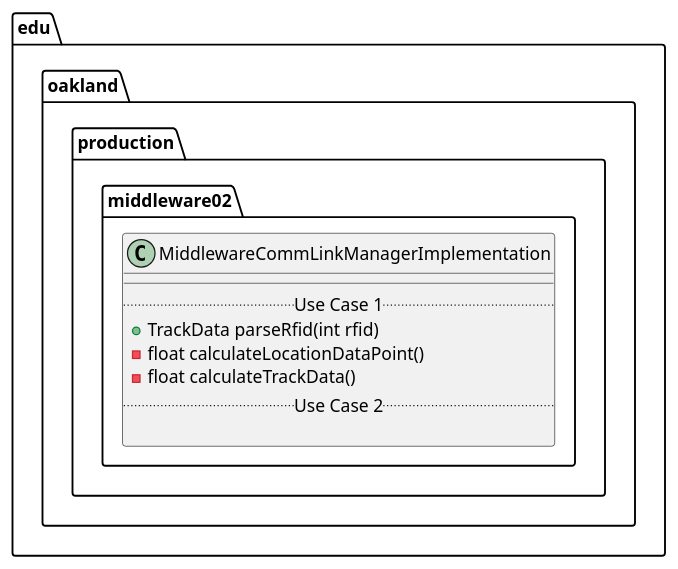
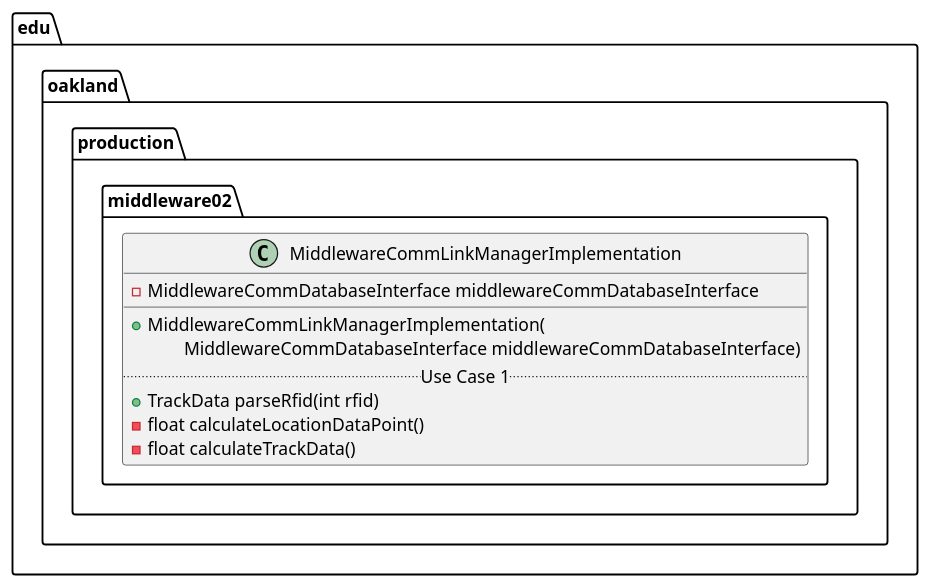
One commit to andrewdimmer/csi-3370-software-project changed the diagram in docs/uml-class-diagrams/middleware02/production/MiddlewareCommLinkManagerImplementation/MiddlewareCommLinkManagerImplementation.puml. Above: the diagram before and after it, drawn with PlantUML. The commit also changed 5 other files, not shown here.

First line of the commit message:
[Middleware_02] Moved Some Long UML Lines Onto Two

```diff
--- a/docs/uml-class-diagrams/middleware02/production/MiddlewareCommLinkManagerImplementation/MiddlewareCommLinkManagerImplementation.puml
+++ b/docs/uml-class-diagrams/middleware02/production/MiddlewareCommLinkManagerImplementation/MiddlewareCommLinkManagerImplementation.puml
@@ -1,15 +1,16 @@
 @startuml MiddlewareCommLinkManagerImplementation
 
 package edu.oakland.production.middleware02 {
     class MiddlewareCommLinkManagerImplementation {
+        - MiddlewareCommDatabaseInterface middlewareCommDatabaseInterface
         __
+        + MiddlewareCommLinkManagerImplementation(
+        \tMiddlewareCommDatabaseInterface middlewareCommDatabaseInterface)
         .. Use Case 1 ..
         + TrackData parseRfid(int rfid)
         - float calculateLocationDataPoint()
         - float calculateTrackData()
-        .. Use Case 2 ..
-
     }
 }
 
 @enduml
```
